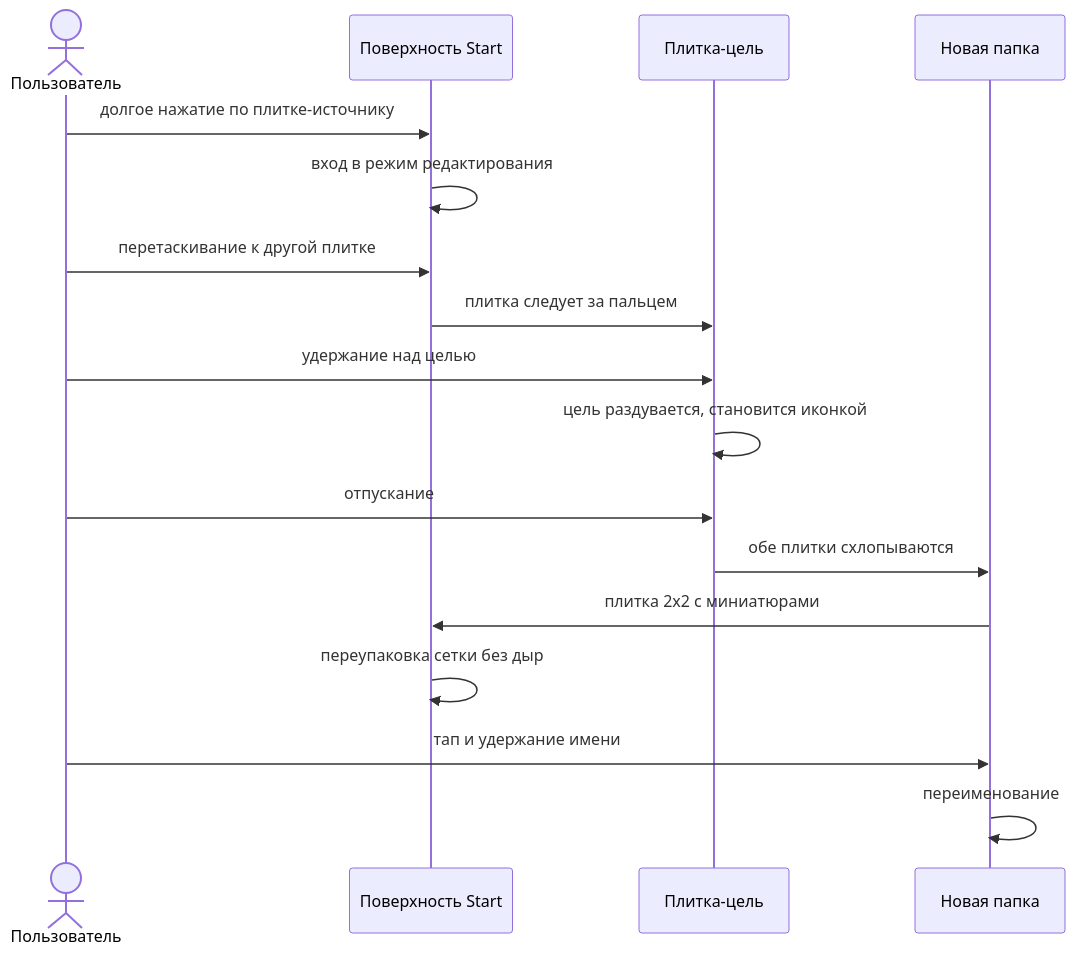
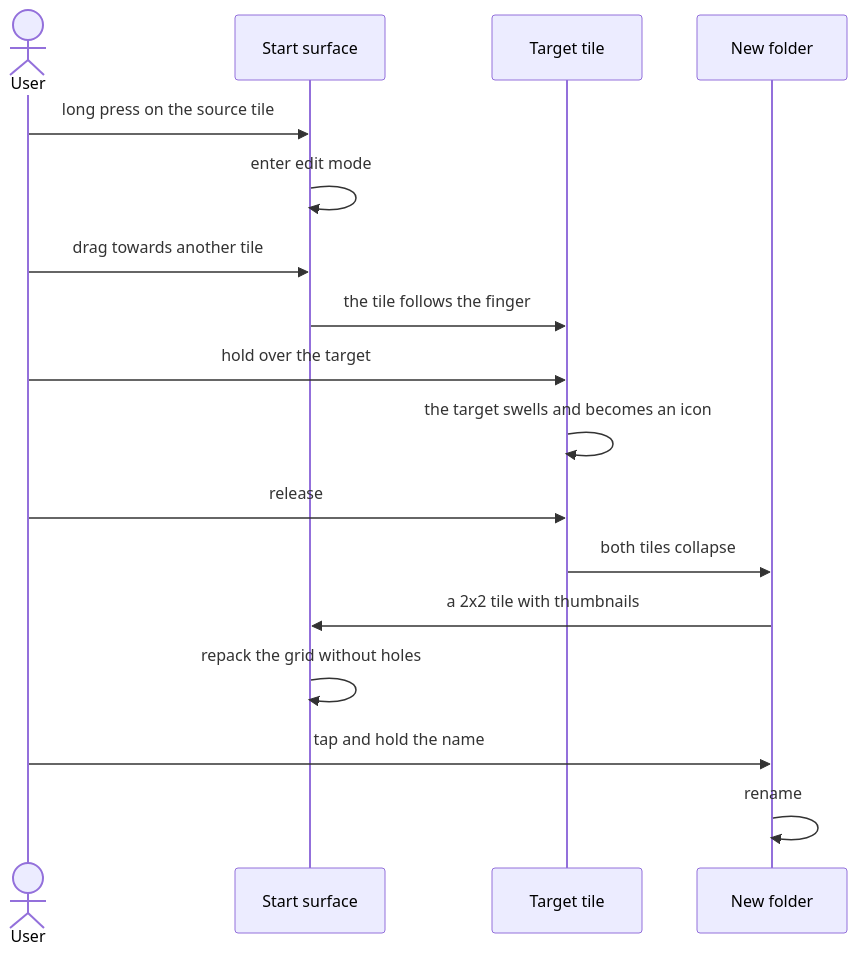
The second of 4 diagrams in docs/W10M-STARTSCREEN.md (ihodorchenko/TesseraKit), drawn with Mermaid before and after one commit. The commit also changed other lines of this file and 85 other files, not shown here.

````diff
--- a/docs/W10M-STARTSCREEN.md
+++ b/docs/W10M-STARTSCREEN.md
@@ -191,20 +193,20 @@
 ```mermaid
 sequenceDiagram
-    actor U as Пользователь
-    participant S as Поверхность Start
-    participant T as Плитка-цель
-    participant F as Новая папка
+    actor U as User
+    participant S as Start surface
+    participant T as Target tile
+    participant F as New folder
 
-    U->>S: долгое нажатие по плитке-источнику
-    S->>S: вход в режим редактирования
-    U->>S: перетаскивание к другой плитке
-    S->>T: плитка следует за пальцем
-    U->>T: удержание над целью
-    T->>T: цель раздувается, становится иконкой
-    U->>T: отпускание
-    T->>F: обе плитки схлопываются
-    F->>S: плитка 2x2 с миниатюрами
-    S->>S: переупаковка сетки без дыр
-    U->>F: тап и удержание имени
-    F->>F: переименование
+    U->>S: long press on the source tile
+    S->>S: enter edit mode
+    U->>S: drag towards another tile
+    S->>T: the tile follows the finger
+    U->>T: hold over the target
+    T->>T: the target swells and becomes an icon
+    U->>T: release
+    T->>F: both tiles collapse
+    F->>S: a 2x2 tile with thumbnails
+    S->>S: repack the grid without holes
+    U->>F: tap and hold the name
+    F->>F: rename
 ```
````
